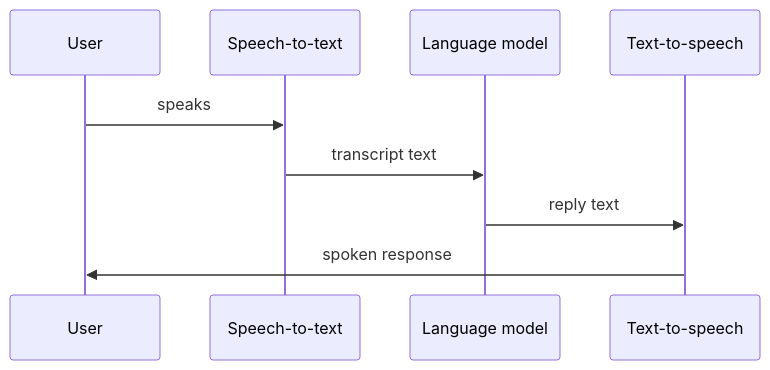
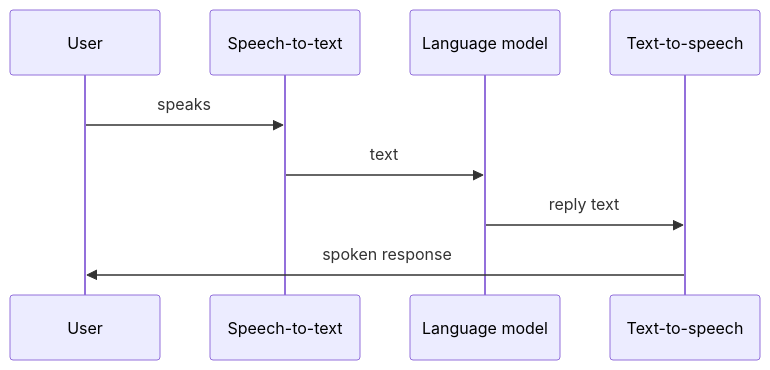
Before and after one commit to saaniya-afreen/mintlify-docs: the diagram in concepts/how-it-works.mdx, drawn with Mermaid. The commit also changed other lines of this file and 13 other files, not shown here.

````diff
--- a/concepts/how-it-works.mdx
+++ b/concepts/how-it-works.mdx
@@ -10,12 +10,12 @@
 ```mermaid
 sequenceDiagram
   participant User
   participant STT as Speech-to-text
   participant LLM as Language model
   participant TTS as Text-to-speech
 
   User->>STT: speaks
-  STT->>LLM: transcript text
+  STT->>LLM: text
   LLM->>TTS: reply text
   TTS->>User: spoken response
 ```
````
